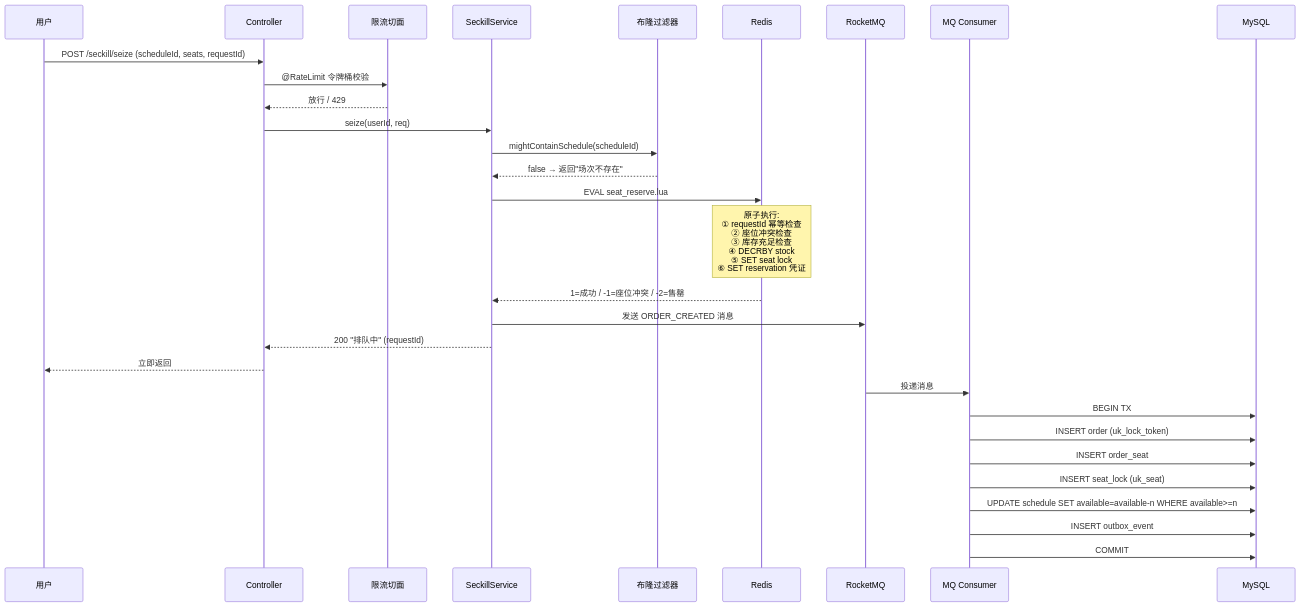
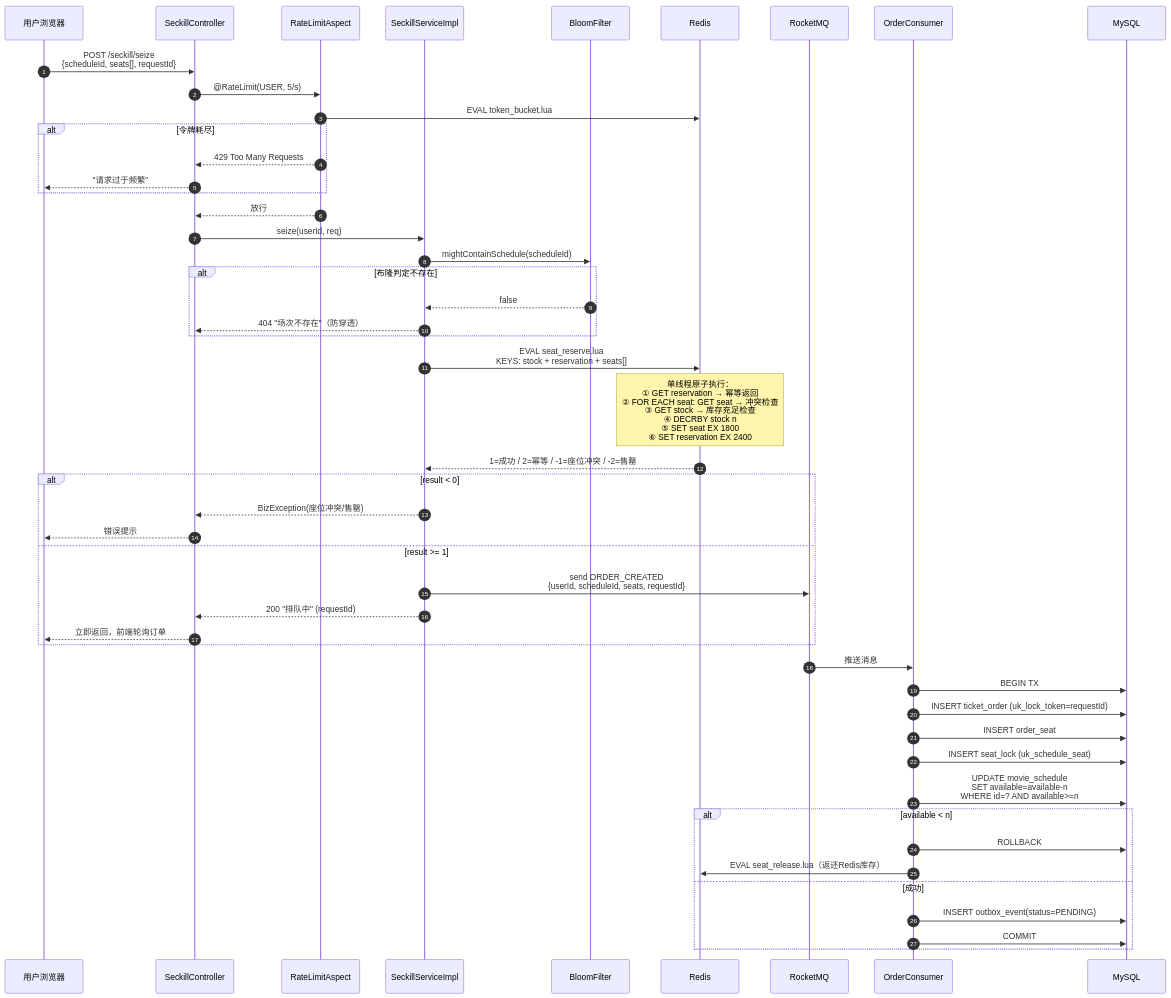
One commit to wangn-tech/movie-seckill changed the second of 11 diagrams in docs/架构设计.md. Above: the diagram before and after it, drawn with Mermaid. The commit also changed other lines of this file, not shown here.

First line of the commit message:
docs: rewrite architecture doc with comprehensive mermaid diagrams

````diff
--- a/docs/架构设计.md
+++ b/docs/架构设计.md
@@ -50,33 +79,56 @@
 ```mermaid
 sequenceDiagram
-    participant U as 用户
-    participant C as Controller
-    participant R as 限流切面
-    participant S as SeckillService
-    participant B as 布隆过滤器
-    participant Redis as Redis
+    autonumber
+    participant U as 用户浏览器
+    participant C as SeckillController
+    participant R as RateLimitAspect
+    participant S as SeckillServiceImpl
+    participant BF as BloomFilter
+    participant RDS as Redis
     participant MQ as RocketMQ
-    participant Cons as MQ Consumer
+    participant CONS as OrderConsumer
     participant DB as MySQL
 
-    U->>C: POST /seckill/seize (scheduleId, seats, requestId)
-    C->>R: @RateLimit 令牌桶校验
-    R-->>C: 放行 / 429
+    U->>C: POST /seckill/seize<br/>{scheduleId, seats[], requestId}
+    C->>R: @RateLimit(USER, 5/s)
+    R->>RDS: EVAL token_bucket.lua
+    alt 令牌耗尽
+        R-->>C: 429 Too Many Requests
+        C-->>U: "请求过于频繁"
+    end
+    R-->>C: 放行
+
     C->>S: seize(userId, req)
-    S->>B: mightContainSchedule(scheduleId)
-    B-->>S: false → 返回"场次不存在"
-    S->>Redis: EVAL seat_reserve.lua
-    Note over Redis: 原子执行:<br/>① requestId 幂等检查<br/>② 座位冲突检查<br/>③ 库存充足检查<br/>④ DECRBY stock<br/>⑤ SET seat lock<br/>⑥ SET reservation 凭证
-    Redis-->>S: 1=成功 / -1=座位冲突 / -2=售罄
-    S->>MQ: 发送 ORDER_CREATED 消息
-    S-->>C: 200 "排队中" (requestId)
-    C-->>U: 立即返回
-    MQ->>Cons: 投递消息
-    Cons->>DB: BEGIN TX
-    Cons->>DB: INSERT order (uk_lock_token)
-    Cons->>DB: INSERT order_seat
-    Cons->>DB: INSERT seat_lock (uk_seat)
-    Cons->>DB: UPDATE schedule SET available=available-n WHERE available>=n
-    Cons->>DB: INSERT outbox_event
-    Cons->>DB: COMMIT
+    S->>BF: mightContainSchedule(scheduleId)
+    alt 布隆判定不存在
+        BF-->>S: false
+        S-->>C: 404 "场次不存在"（防穿透）
+    end
+
+    S->>RDS: EVAL seat_reserve.lua<br/>KEYS: stock + reservation + seats[]
+    Note over RDS: 单线程原子执行：<br/>① GET reservation → 幂等返回<br/>② FOR EACH seat: GET seat → 冲突检查<br/>③ GET stock → 库存充足检查<br/>④ DECRBY stock n<br/>⑤ SET seat EX 1800<br/>⑥ SET reservation EX 2400
+    RDS-->>S: 1=成功 / 2=幂等 / -1=座位冲突 / -2=售罄
+
+    alt result < 0
+        S-->>C: BizException(座位冲突/售罄)
+        C-->>U: 错误提示
+    else result >= 1
+        S->>MQ: send ORDER_CREATED<br/>{userId, scheduleId, seats, requestId}
+        S-->>C: 200 "排队中" (requestId)
+        C-->>U: 立即返回，前端轮询订单
+    end
+
+    MQ->>CONS: 推送消息
+    CONS->>DB: BEGIN TX
+    CONS->>DB: INSERT ticket_order (uk_lock_token=requestId)
+    CONS->>DB: INSERT order_seat
+    CONS->>DB: INSERT seat_lock (uk_schedule_seat)
+    CONS->>DB: UPDATE movie_schedule<br/>SET available=available-n<br/>WHERE id=? AND available>=n
+    alt available < n
+        CONS->>DB: ROLLBACK
+        CONS->>RDS: EVAL seat_release.lua（返还Redis库存）
+    else 成功
+        CONS->>DB: INSERT outbox_event(status=PENDING)
+        CONS->>DB: COMMIT
+    end
 ```
````
